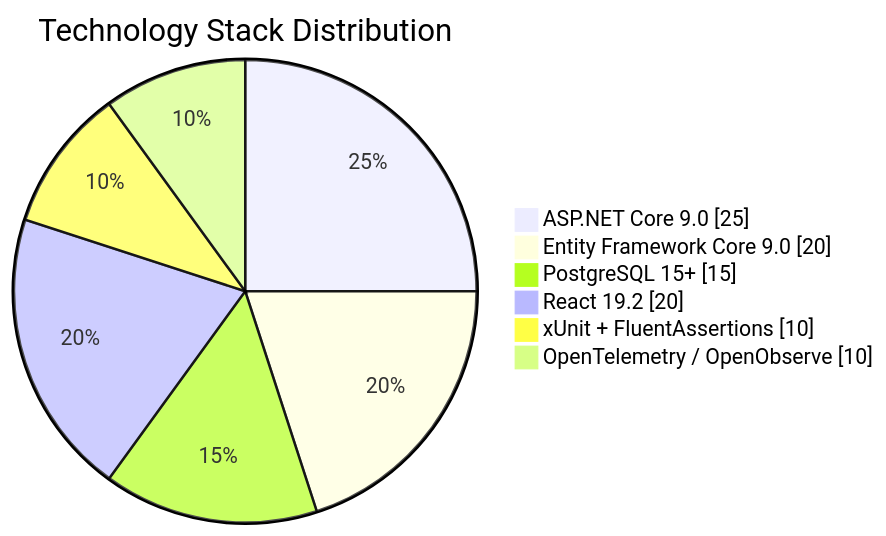
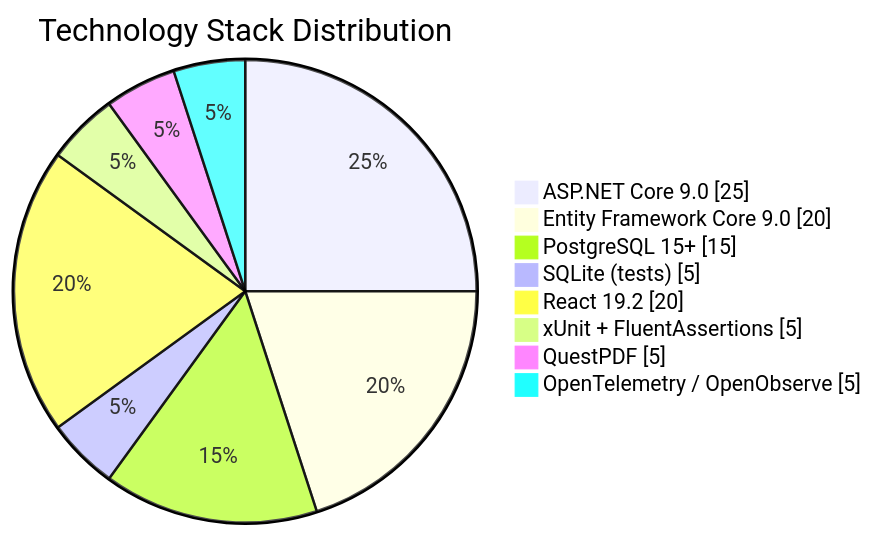
Before and after one commit to Merctxt/OpenLicense: the second of 2 diagrams in docs/README.md, drawn with Mermaid. The commit also changed other lines of this file and 4 other files, not shown here.

````diff
--- a/docs/README.md
+++ b/docs/README.md
@@ -46,10 +46,12 @@
 ```mermaid
 pie showData
     title Technology Stack Distribution
     "ASP.NET Core 9.0" : 25
     "Entity Framework Core 9.0" : 20
     "PostgreSQL 15+" : 15
+    "SQLite (tests)" : 5
     "React 19.2" : 20
-    "xUnit + FluentAssertions" : 10
-    "OpenTelemetry / OpenObserve" : 10
+    "xUnit + FluentAssertions" : 5
+    "QuestPDF" : 5
+    "OpenTelemetry / OpenObserve" : 5
 ```
````
